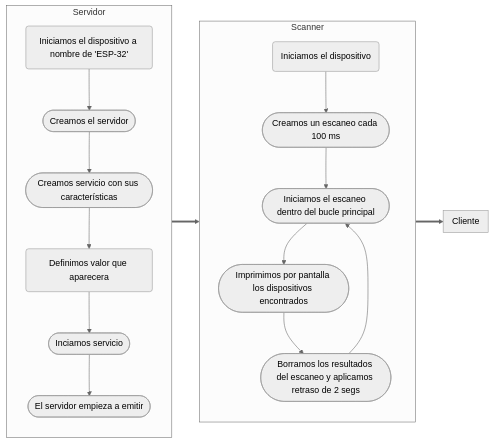
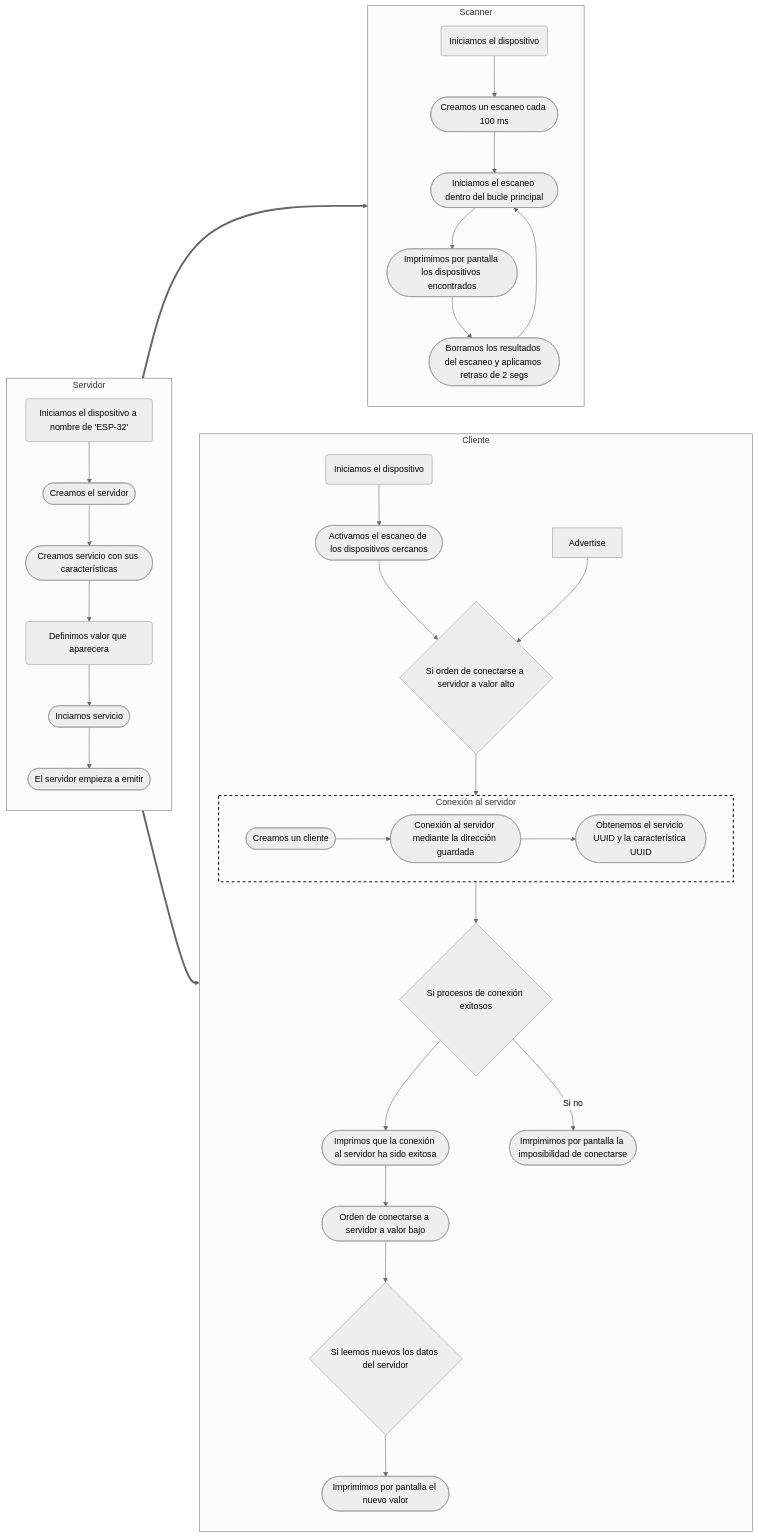
Before and after one commit to joeljoanmorera/P4-morera-cots: the fifth of 5 diagrams in README.md, drawn with Mermaid (neutral theme).

Commit message:
Add diagram of client

````diff
--- a/README.md
+++ b/README.md
@@ -954,26 +954,48 @@
 ```mermaid
     flowchart LR
 
     subgraph S [Servidor]
       SID(Iniciamos el dispositivo a nombre de 'ESP-32') --> SCR
       SCR([Creamos el servidor]) --> SCS
       SCS([Creamos servicio con sus características]) --> SV
       SV(Definimos valor que aparecera) --> SI
-      SI([Inciamos servicio]) --> SA
-      SA([El servidor empieza a emitir])
+      SI([Inciamos servicio]) --> SA([El servidor empieza a emitir])
     end
 
-    S ==> SC ==> C;
+    S ==> SC & C
 
     subgraph C [Cliente]
+      CID(Iniciamos el dispositivo) --> CSC
+
+      CSC([Activamos el escaneo de los dispositivos cercanos]) --> ifCC
       
+      Advertise --> ifCC
+
+      ifCC{Si orden de conectarse a servidor a valor alto} --> CC
+
+      subgraph CC [Conexión al servidor]
+        CrC([Creamos un cliente]) --> CrA
+        CrA([Conexión al servidor mediante la dirección guardada]) --> CrS
+        CrS([Obtenemos el servicio UUID y la característica UUID])
+      end
+
+      CC --> ifC
+      ifC{Si procesos de conexión exitosos} --> CrI
+      ifC -- Si no --> NotIfC([Imrpimimos por pantalla la imposibilidad de conectarse])
+
+      CrI([Imprimos que la conexión al servidor ha sido exitosa]) --> CrO
+      CrO([Orden de conectarse a servidor a valor bajo]) --> ifCD
+
+      ifCD{Si leemos nuevos los datos del servidor} --> CD([Imprimimos por pantalla el nuevo valor])
     end
 
     subgraph SC [Scanner]
       ISC(Iniciamos el dispositivo) --> PSC
       PSC([Creamos un escaneo cada 100 ms]) --> LSC
       LSC([Iniciamos el escaneo dentro del bucle principal]) -->SCIP
       SCIP([Imprimimos por pantalla los dispositivos encontrados]) --> SCD
       SCD([Borramos los resultados del escaneo y aplicamos retraso de 2 segs]) --> LSC
     end
+
+    style CC stroke:#0d1017,stroke-width:2px,stroke-dasharray: 5 5
 ```
````
